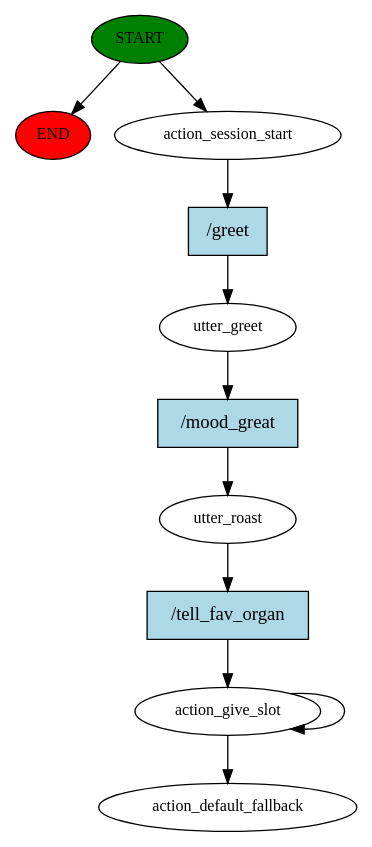
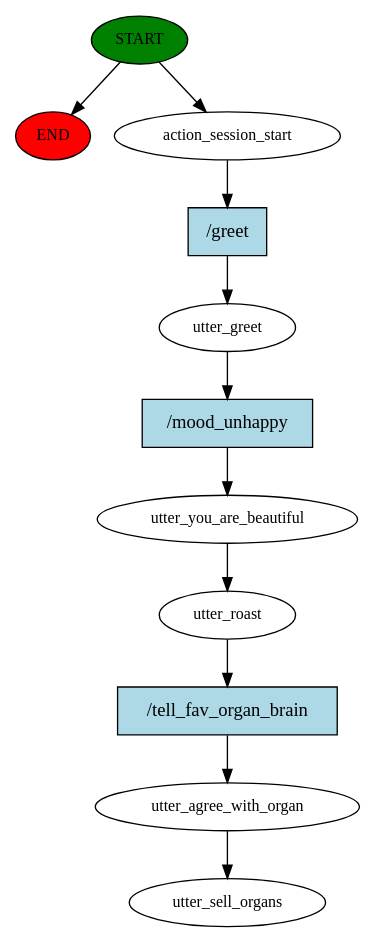
The diagram in story_graph.dot (kaengurubeutel/RASA), drawn with Graphviz before and after one commit. The commit also changed 5 other files, not shown here.

Commit message:
Fix action_default_fallback errror

```diff
--- a/story_graph.dot
+++ b/story_graph.dot
@@ -1,22 +1,23 @@
 digraph  {
 0 [class="start active", fillcolor=green, fontsize=12, label=START, style=filled];
 "-1" [class=end, fillcolor=red, fontsize=12, label=END, style=filled];
 1 [class=active, fontsize=12, label=action_session_start];
 2 [class=active, fontsize=12, label=utter_greet];
-3 [class=active, fontsize=12, label=utter_roast];
-4 [class=active, fontsize=12, label=action_give_slot];
-6 [class="dashed active", fontsize=12, label=action_default_fallback];
+3 [class=active, fontsize=12, label=utter_you_are_beautiful];
+4 [class=active, fontsize=12, label=utter_roast];
+5 [class=active, fontsize=12, label=utter_agree_with_organ];
+6 [class="dashed active", fontsize=12, label=utter_sell_organs];
 7 [class="intent active", fillcolor=lightblue, label="/greet", shape=rect, style=filled];
-8 [class="intent active", fillcolor=lightblue, label="/mood_great", shape=rect, style=filled];
-9 [class="intent active", fillcolor=lightblue, label="/tell_fav_organ", shape=rect, style=filled];
+8 [class="intent active", fillcolor=lightblue, label="/mood_unhappy", shape=rect, style=filled];
+9 [class="intent active", fillcolor=lightblue, label="/tell_fav_organ_brain", shape=rect, style=filled];
 0 -> "-1"  [class="", key=NONE, label=""];
 0 -> 1  [class=active, key=NONE, label=""];
 1 -> 7  [class=active, key=0];
 2 -> 8  [class=active, key=0];
-3 -> 9  [class=active, key=0];
-4 -> 6  [class=active, key=NONE, label=""];
-4 -> 4  [class=active, key=NONE, label=""];
+3 -> 4  [class=active, key=NONE, label=""];
+4 -> 9  [class=active, key=0];
+5 -> 6  [class=active, key=NONE, label=""];
 7 -> 2  [class=active, key=0];
 8 -> 3  [class=active, key=0];
-9 -> 4  [class=active, key=0];
+9 -> 5  [class=active, key=0];
 }
```
